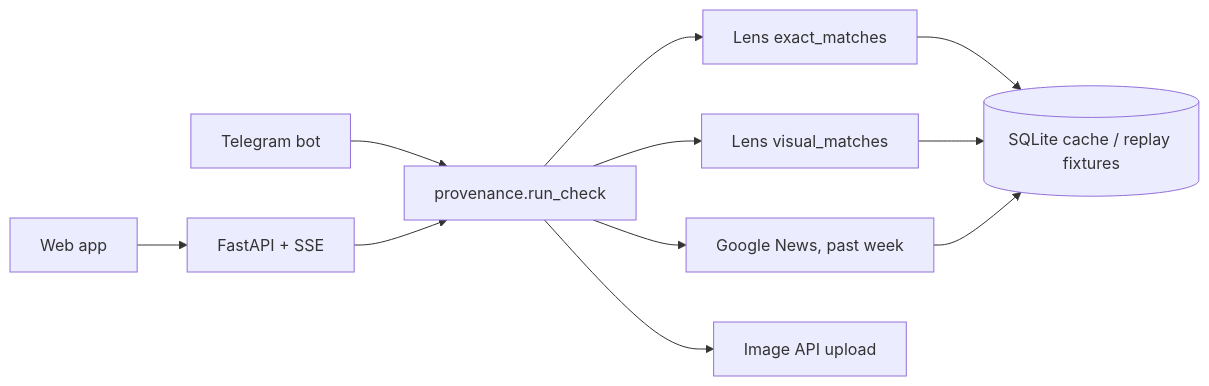
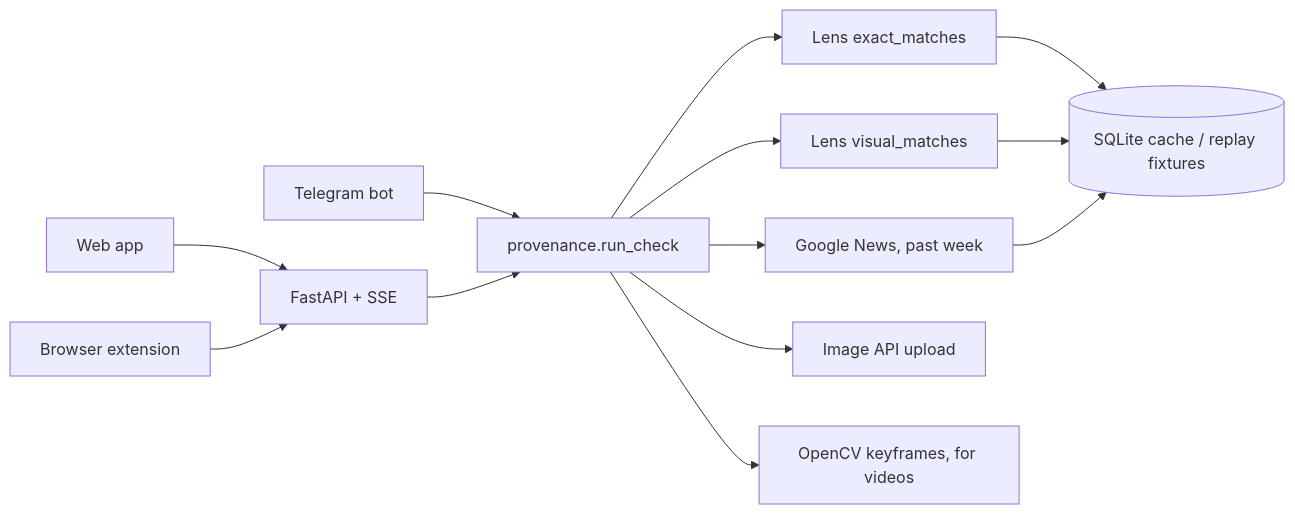
One commit to harshtripathi272/serpapi changed the diagram in README.md. Above: the diagram before and after it, drawn with Mermaid. The commit also changed other lines of this file and 23 other files, not shown here.

First line of the commit message:
Check videos scene by scene; add a right-click extension; run searches in parallel

````diff
--- a/README.md
+++ b/README.md
@@ -71,11 +82,13 @@
 ```mermaid
 flowchart LR
   W[Web app] --> A
+  E[Browser extension] --> A
   T[Telegram bot] --> P
   A[FastAPI + SSE] --> P[provenance.run_check]
   P --> L1[Lens exact_matches]
   P --> L2[Lens visual_matches]
   P --> N[Google News, past week]
   P --> U[Image API upload]
+  P --> V[OpenCV keyframes, for videos]
   L1 & L2 & N --> C[(SQLite cache / replay fixtures)]
 ```
````
